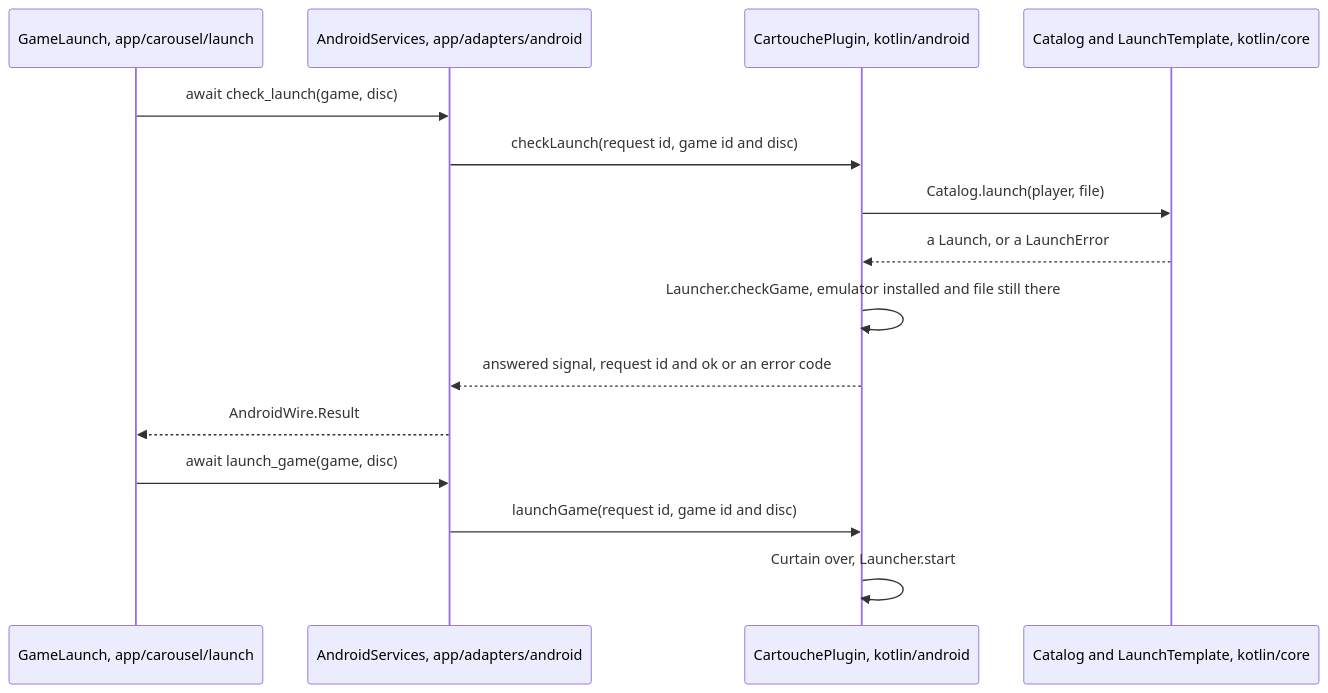
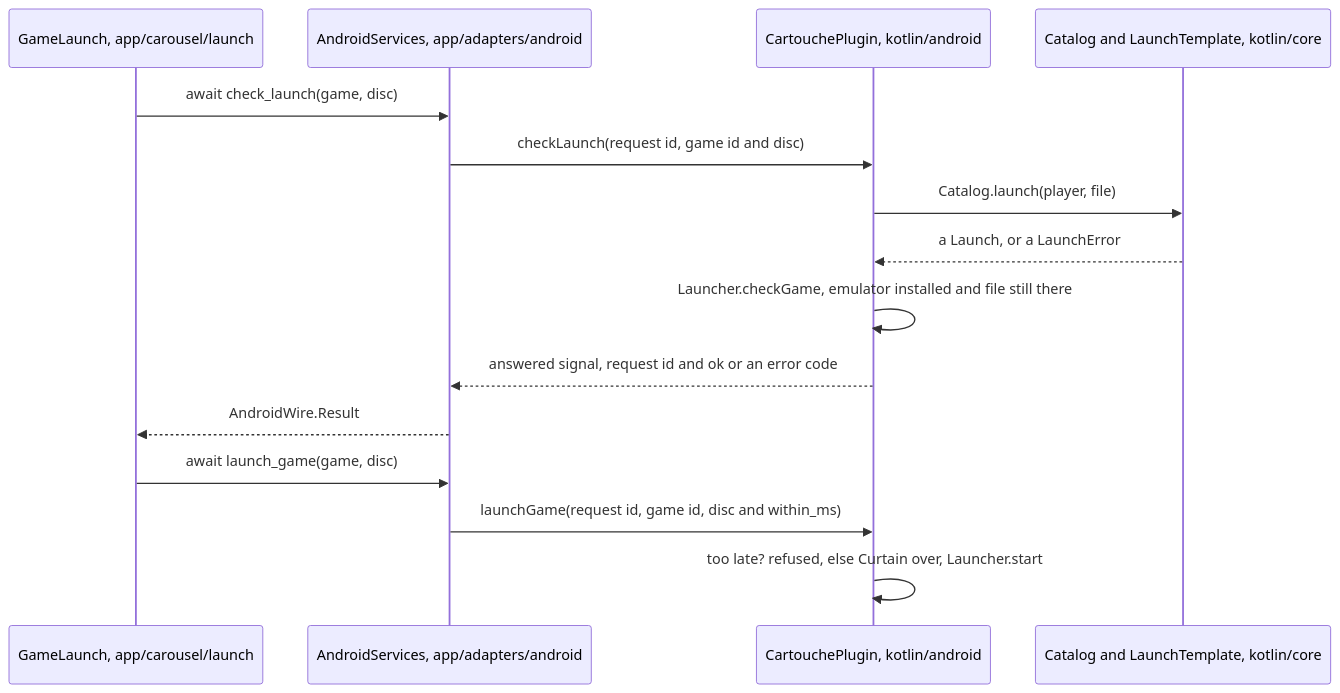
One commit to Hakimba/cartouche changed the diagram in docs/README.md. Above: the diagram before and after it, drawn with Mermaid. The commit also changed other lines of this file and 22 other files, not shown here.

Commit message:
A launch the carousel gave up on no longer starts its game later, and a label the user chose is never replaced or deleted by a look planned just before

````diff
--- a/docs/README.md
+++ b/docs/README.md
@@ -56,17 +56,17 @@
 ```mermaid
 sequenceDiagram
     participant S as GameLaunch, app/carousel/launch
     participant A as AndroidServices, app/adapters/android
     participant P as CartouchePlugin, kotlin/android
     participant C as Catalog and LaunchTemplate, kotlin/core
     S->>A: await check_launch(game, disc)
     A->>P: checkLaunch(request id, game id and disc)
     P->>C: Catalog.launch(player, file)
     C-->>P: a Launch, or a LaunchError
     P->>P: Launcher.checkGame, emulator installed and file still there
     P-->>A: answered signal, request id and ok or an error code
     A-->>S: AndroidWire.Result
     S->>A: await launch_game(game, disc)
-    A->>P: launchGame(request id, game id and disc)
-    P->>P: Curtain over, Launcher.start
+    A->>P: launchGame(request id, game id, disc and within_ms)
+    P->>P: too late? refused, else Curtain over, Launcher.start
 ```
````
